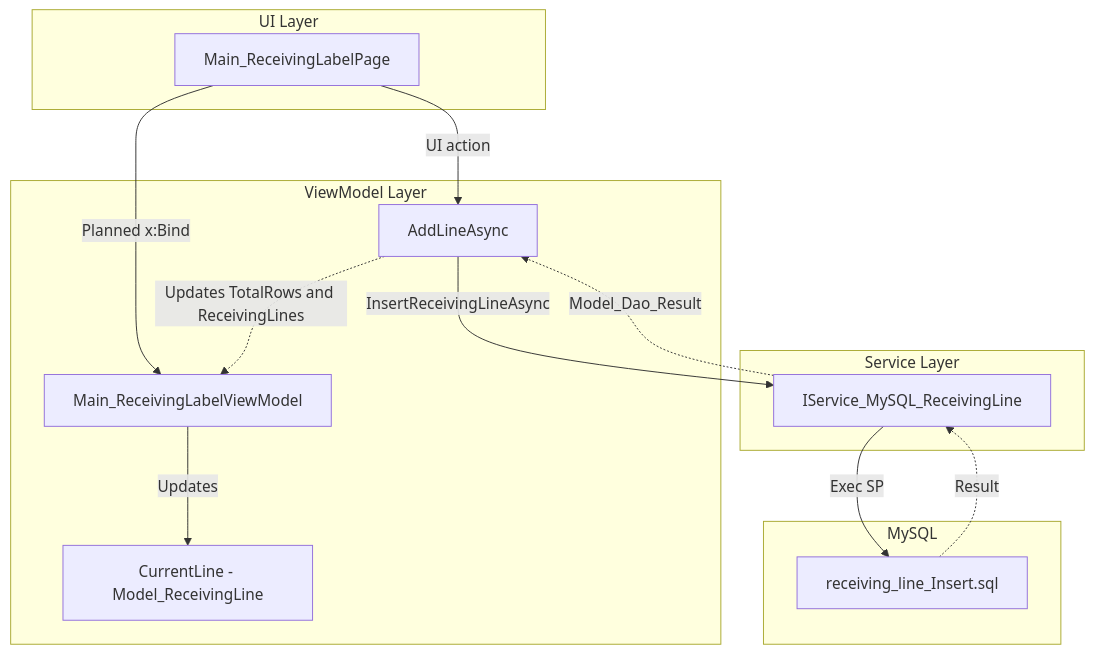
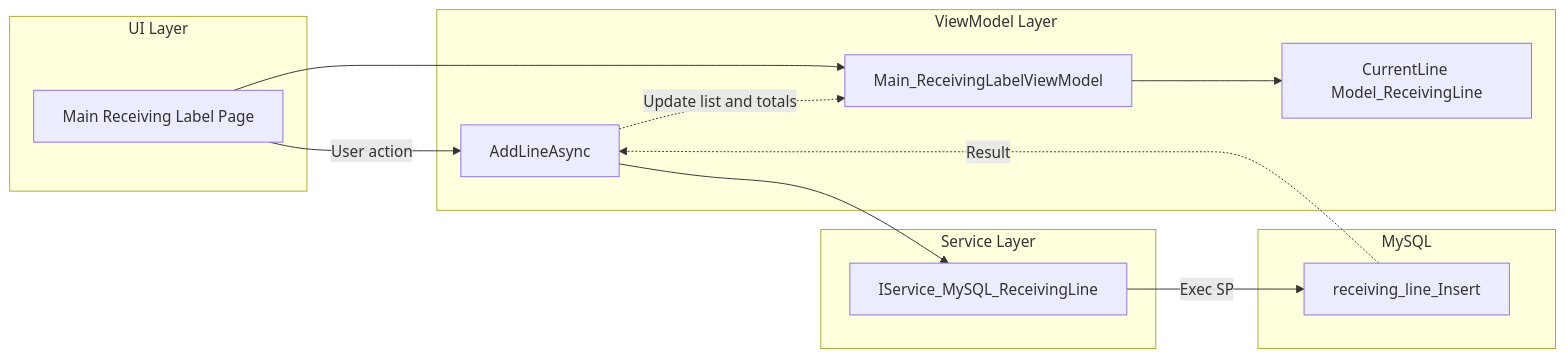
Before and after one commit to JDKoll1982/MTM_Receiving_Application: the third of 3 diagrams in _bmad/_memory/docent-sidecar/knowledge/Module_Core.md, drawn with Mermaid. The commit also changed other lines of this file and 48 other files, not shown here.

````diff
--- a/_bmad/_memory/docent-sidecar/knowledge/Module_Core.md
+++ b/_bmad/_memory/docent-sidecar/knowledge/Module_Core.md
@@ -211,29 +196,27 @@
 ```mermaid
-flowchart TD
+flowchart LR
   subgraph UI[UI Layer]
-    Page[Main_ReceivingLabelPage]
+    Page[Main Receiving Label Page]
   end
 
   subgraph VM[ViewModel Layer]
     VM_Recv[Main_ReceivingLabelViewModel]
-    Prop_Current[CurrentLine - Model_ReceivingLine]
     Cmd_Add[AddLineAsync]
+    Current[CurrentLine Model_ReceivingLine]
   end
 
   subgraph SVC[Service Layer]
     RecLineSVC[IService_MySQL_ReceivingLine]
   end
 
   subgraph DB[MySQL]
-    SP_Insert[receiving_line_Insert.sql]
+    SP_Insert[receiving_line_Insert]
   end
 
-  Page -->|Planned x:Bind| VM_Recv
-  VM_Recv -->|Updates| Prop_Current
-  Page -->|UI action| Cmd_Add
-  Cmd_Add -->|InsertReceivingLineAsync| RecLineSVC
-  RecLineSVC -->|Exec SP| SP_Insert
-  SP_Insert -.->|Result| RecLineSVC
-  RecLineSVC -.->|Model_Dao_Result| Cmd_Add
-  Cmd_Add -.->|Updates TotalRows and ReceivingLines| VM_Recv
+  Page --> VM_Recv
+  VM_Recv --> Current
+  Page -->|User action| Cmd_Add
+  Cmd_Add --> RecLineSVC -->|Exec SP| SP_Insert
+  SP_Insert -.->|Result| Cmd_Add
+  Cmd_Add -.->|Update list and totals| VM_Recv
 ```
````
